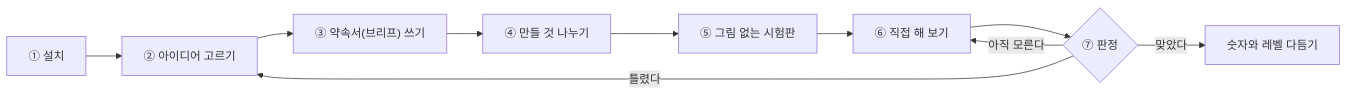
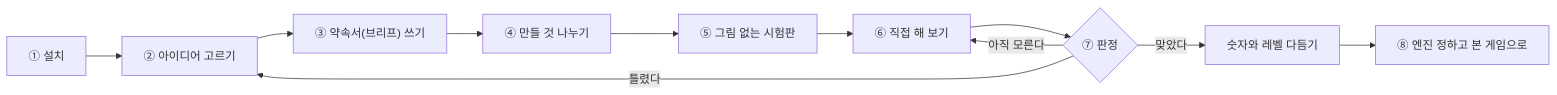
Before and after one commit to silbaram/ai-agent-studio: the diagram in README.md, drawn with Mermaid. The commit also changed other lines of this file and 12 other files, not shown here.

````diff
--- a/README.md
+++ b/README.md
@@ -14,12 +14,13 @@
 ```mermaid
 flowchart LR
     A["① 설치"] --> B["② 아이디어 고르기"]
     B --> C["③ 약속서(브리프) 쓰기"]
     C --> D["④ 만들 것 나누기"]
     D --> E["⑤ 그림 없는 시험판"]
     E --> F["⑥ 직접 해 보기"]
     F --> G{"⑦ 판정"}
     G -->|맞았다| H["숫자와 레벨 다듬기"]
+    H --> I["⑧ 엔진 정하고 본 게임으로"]
     G -->|틀렸다| B
     G -->|아직 모른다| F
 ```
````
